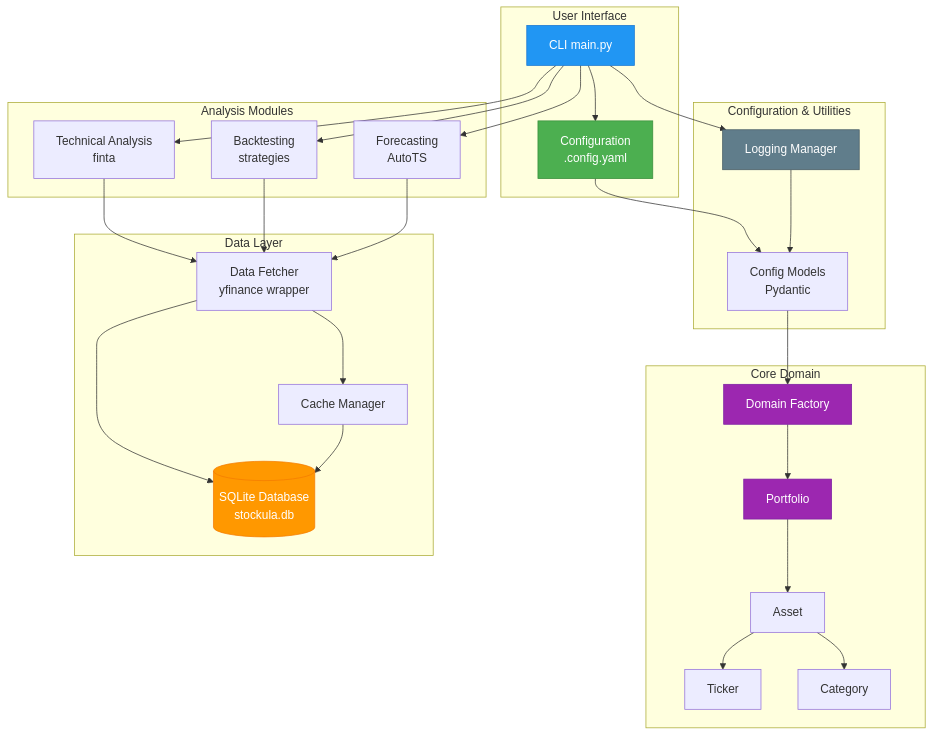
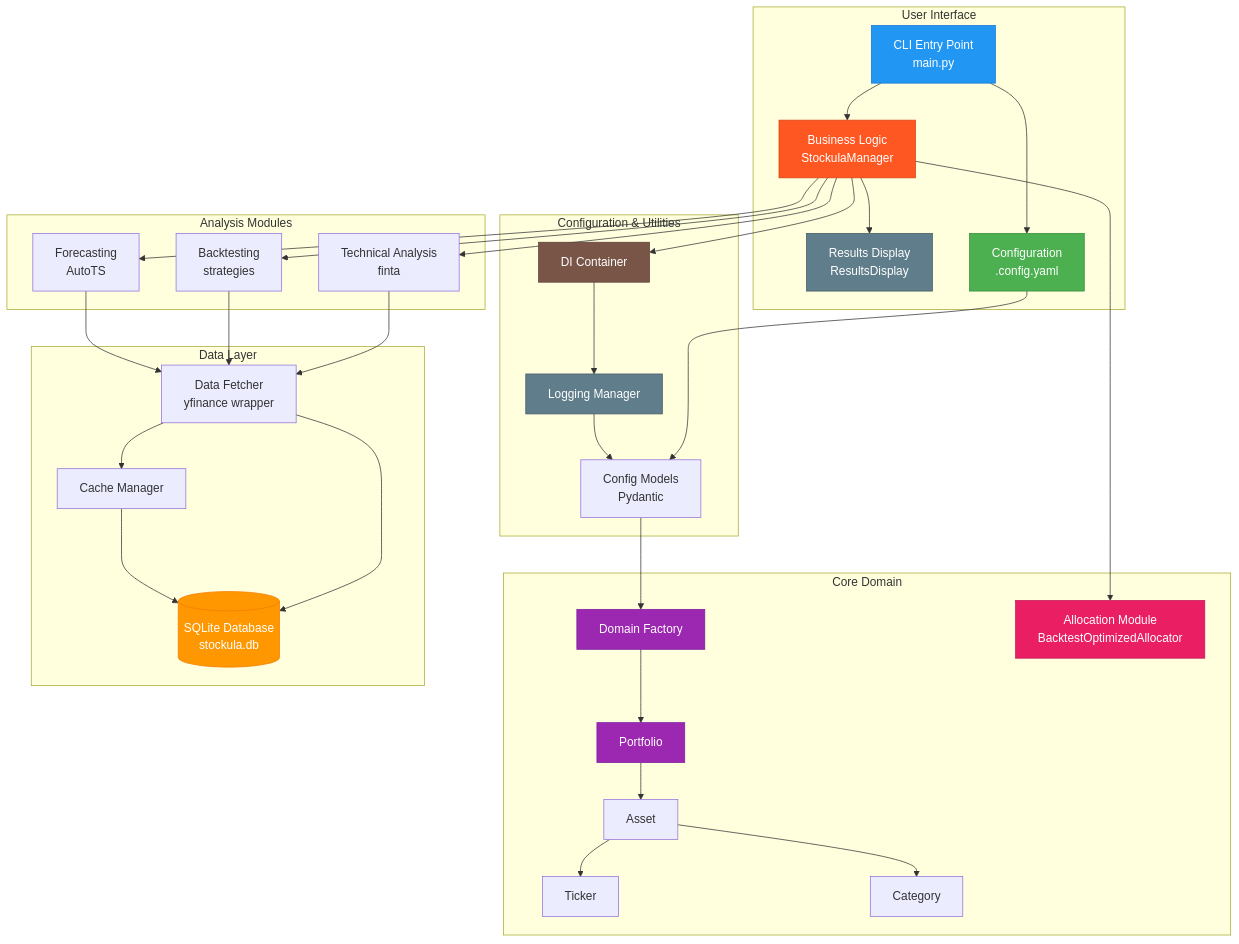
The first of 2 diagrams in docs/user-guide/architecture.md (mkm29/stockula), drawn with Mermaid before and after one commit. The commit also changed other lines of this file and 8 other files, not shown here.

First line of the commit message:
Refactor unit tests to utilize StockulaManager

````diff
--- a/docs/user-guide/architecture.md
+++ b/docs/user-guide/architecture.md
@@ -7,62 +7,74 @@
 ```mermaid
 graph TB
     subgraph "User Interface"
-        CLI[CLI main.py]
+        CLI[CLI Entry Point<br/>main.py]
+        Manager[Business Logic<br/>StockulaManager]
+        Display[Results Display<br/>ResultsDisplay]
         Config[Configuration<br/>.config.yaml]
     end
 
     subgraph "Core Domain"
         Factory[Domain Factory]
         Portfolio[Portfolio]
         Asset[Asset]
         Ticker[Ticker]
         Category[Category]
+        Allocator[Allocation Module<br/>BacktestOptimizedAllocator]
     end
 
     subgraph "Data Layer"
         Fetcher[Data Fetcher<br/>yfinance wrapper]
         DB[(SQLite Database<br/>stockula.db)]
         Cache[Cache Manager]
     end
 
     subgraph "Analysis Modules"
         TA[Technical Analysis<br/>finta]
         BT[Backtesting<br/>strategies]
         FC[Forecasting<br/>AutoTS]
     end
 
     subgraph "Configuration & Utilities"
         Models[Config Models<br/>Pydantic]
         LogManager[Logging Manager]
+        Container[DI Container]
     end
 
+    CLI --> Manager
     CLI --> Config
+    Manager --> Display
+    Manager --> Container
     Config --> Models
     Models --> Factory
     Factory --> Portfolio
     Portfolio --> Asset
     Asset --> Ticker
     Asset --> Category
+    Manager --> Allocator
 
-    CLI --> TA
-    CLI --> BT
-    CLI --> FC
+    Manager --> TA
+    Manager --> BT
+    Manager --> FC
 
     TA --> Fetcher
     BT --> Fetcher
     FC --> Fetcher
 
     Fetcher --> DB
     Fetcher --> Cache
     Cache --> DB
 
-    CLI --> LogManager
+    Container --> LogManager
     LogManager --> Models
 
     style CLI fill:#2196F3,stroke:#1976D2,color:#fff
+    style Manager fill:#FF5722,stroke:#D84315,color:#fff
+    style Display fill:#607D8B,stroke:#455A64,color:#fff
     style Config fill:#4CAF50,stroke:#388E3C,color:#fff
     style DB fill:#FF9800,stroke:#F57C00,color:#fff
     style Portfolio fill:#9C27B0,stroke:#7B1FA2,color:#fff
     style Factory fill:#9C27B0,stroke:#7B1FA2,color:#fff
     style LogManager fill:#607D8B,stroke:#455A64,color:#fff
+    style Container fill:#795548,stroke:#5D4037,color:#fff
+    style Allocator fill:#E91E63,stroke:#C2185B,color:#fff
 ```
````
